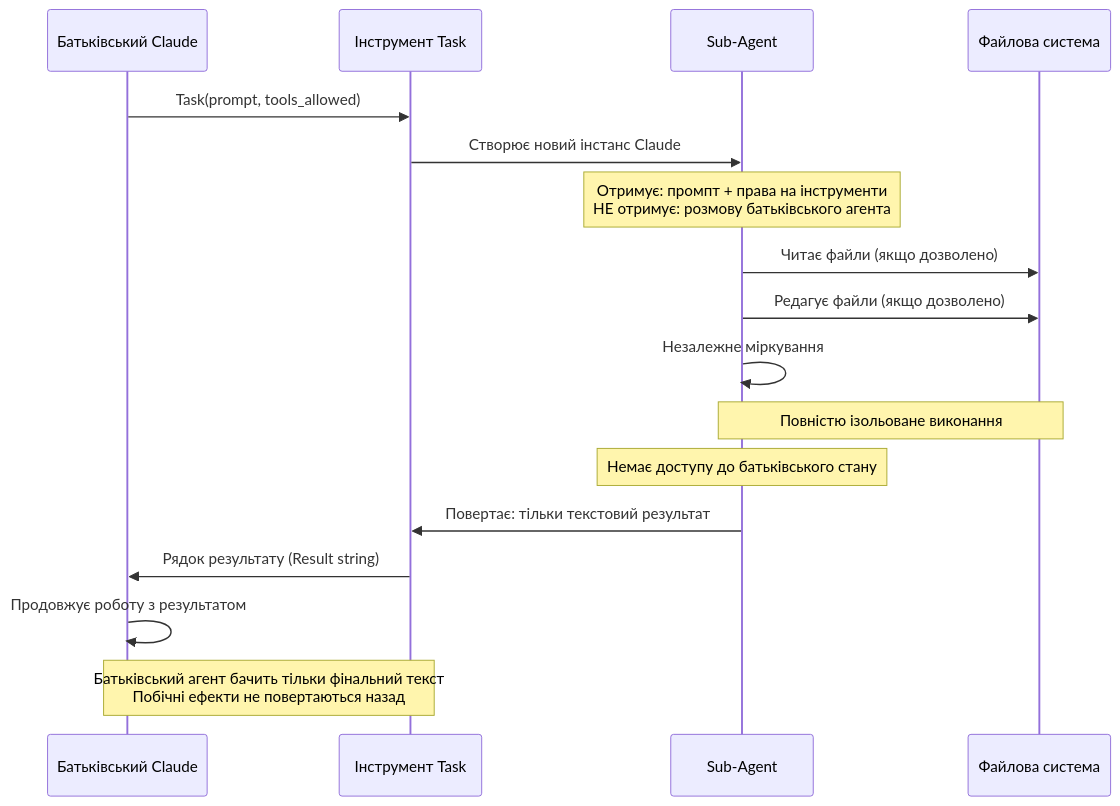
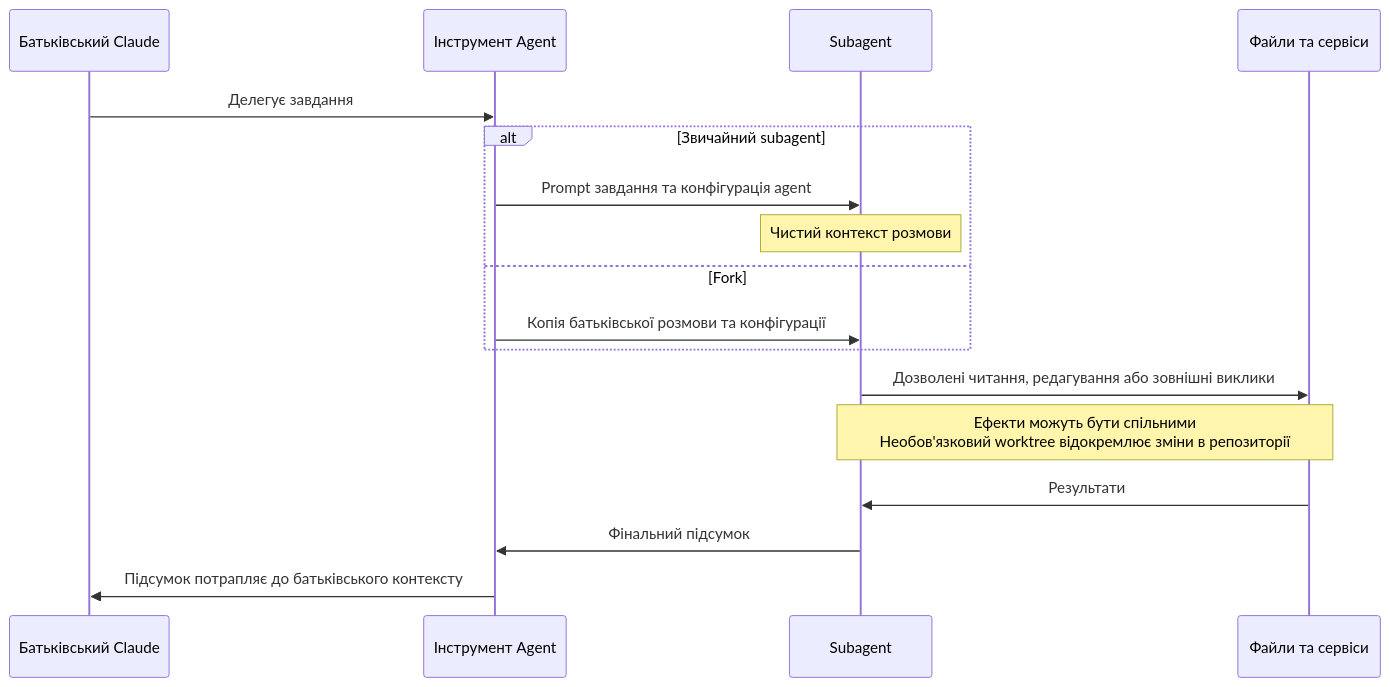
One commit to sermers-cyber/claude-code-ultimate-guide-ua changed the third of 4 diagrams in guide/diagrams/03-configuration-system.uk.md. Above: the diagram before and after it, drawn with Mermaid. The commit also changed other lines of this file and 80 other files, not shown here.

````diff
--- a/guide/diagrams/03-configuration-system.uk.md
+++ b/guide/diagrams/03-configuration-system.uk.md
@@ -139,24 +123,19 @@
 ```mermaid
 sequenceDiagram
     participant P as Батьківський Claude
-    participant T as Інструмент Task
-    participant S as Sub-Agent
-    participant FS as Файлова система
-
-    P->>T: Task(prompt, tools_allowed)
-    T->>S: Створює новий інстанс Claude
-    Note over S: Отримує: промпт + права на інструменти<br/>НЕ отримує: розмову батьківського агента
-
-    S->>FS: Читає файли (якщо дозволено)
-    S->>FS: Редагує файли (якщо дозволено)
-    S->>S: Незалежне міркування
-
-    Note over S,FS: Повністю ізольоване виконання
-    Note over S: Немає доступу до батьківського стану
-
-    S->>T: Повертає: тільки текстовий результат
-    T->>P: Рядок результату (Result string)
-    P->>P: Продовжує роботу з результатом
-
-    Note over P,T: Батьківський агент бачить тільки фінальний текст<br/>Побічні ефекти не повертаються назад
+    participant A as Інструмент Agent
+    participant S as Subagent
+    participant FS as Файли та сервіси
+    P->>A: Делегує завдання
+    alt Звичайний subagent
+        A->>S: Prompt завдання та конфігурація agent
+        Note over S: Чистий контекст розмови
+    else Fork
+        A->>S: Копія батьківської розмови та конфігурації
+    end
+    S->>FS: Дозволені читання, редагування або зовнішні виклики
+    Note over S,FS: Ефекти можуть бути спільними<br/>Необов'язковий worktree відокремлює зміни в репозиторії
+    FS->>S: Результати
+    S->>A: Фінальний підсумок
+    A->>P: Підсумок потрапляє до батьківського контексту
 ```
````
